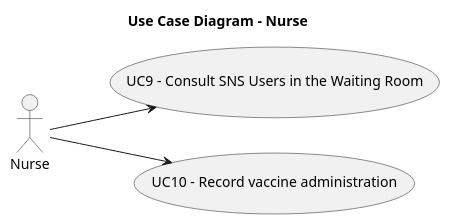
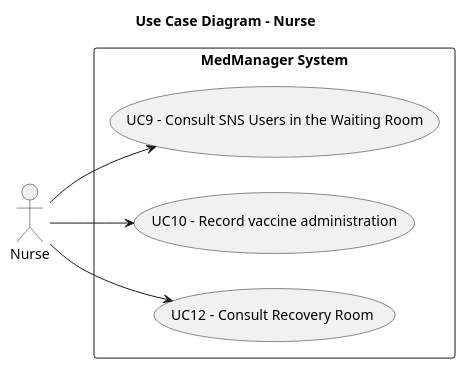
The diagram in Documentation/global-artifacts/puml/UCD_Nurse.puml (Andre-1240567/fsoft2026_1DD_1), drawn with PlantUML before and after one commit. The commit also changed 9 other files, not shown here.

```diff
--- a/Documentation/global-artifacts/puml/UCD_Nurse.puml
+++ b/Documentation/global-artifacts/puml/UCD_Nurse.puml
@@ -1,13 +1,16 @@
 @startuml UCD_Nurse
 title Use Case Diagram - Nurse
 left to right direction
 
 actor "Nurse" as Nurse
 
-
+rectangle "MedManager System" {
     usecase "UC9 - Consult SNS Users in the Waiting Room" as UC9
     usecase "UC10 - Record vaccine administration" as UC10
+    usecase "UC12 - Consult Recovery Room" as UC12
+}
 
 Nurse --> UC9
 Nurse --> UC10
+Nurse --> UC12
 @enduml
```
